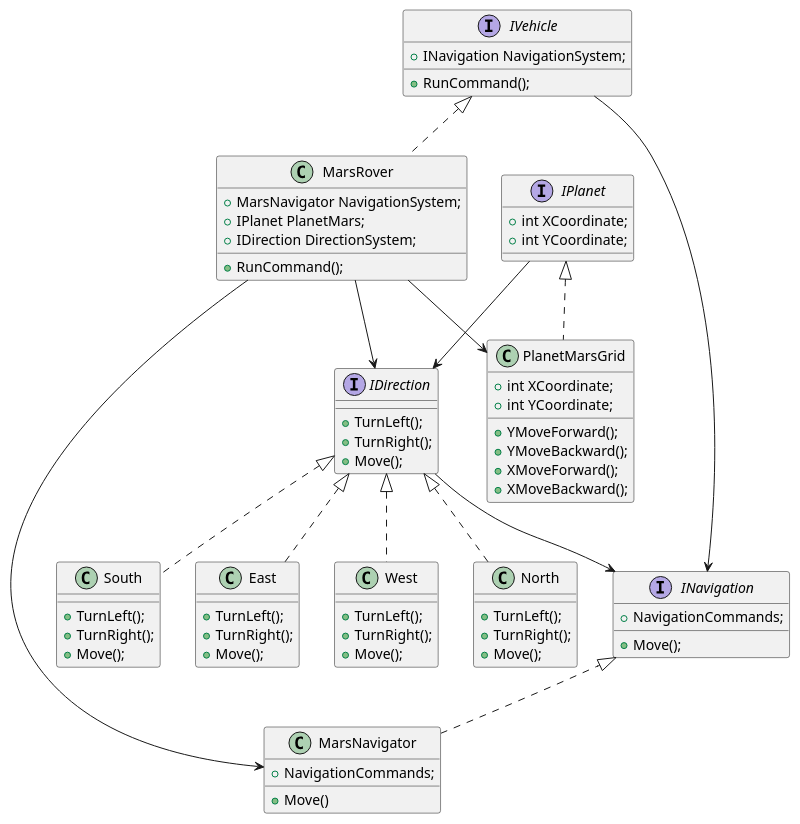
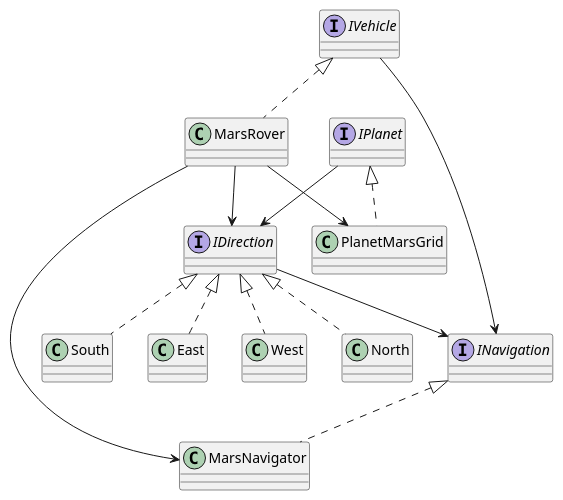
Before and after one commit to vahidkianfar/Mars-Rover-Project: the diagram in Mars-Rover-Project/UML-Diagram/MarsRover.puml, drawn with PlantUML.

Commit message:
Changed UML-Diagram.

```diff
--- a/Mars-Rover-Project/UML-Diagram/MarsRover.puml
+++ b/Mars-Rover-Project/UML-Diagram/MarsRover.puml
@@ -1,80 +1,35 @@
 @startuml "MarsRover-Kata-UML.png"
 
 interface IVehicle
-{
-+ INavigation NavigationSystem;
-+ RunCommand();
-}
+
 interface IPlanet
-{
-+ int XCoordinate;
-+ int YCoordinate;
-}
+
 interface IDirection
-{
-+  TurnLeft();
-+  TurnRight();
-+  Move();
-}
+
 interface INavigation
-{
-+  NavigationCommands;
-+  Move();
 
-}
 
 class PlanetMarsGrid implements IPlanet
-{
-+ int XCoordinate;
-+ int YCoordinate;
-+ YMoveForward();
-+ YMoveBackward();
-+ XMoveForward();
-+ XMoveBackward();
-}
+
 class East implements IDirection
-{
-+  TurnLeft();
-+  TurnRight();
-+  Move();
-}
+
 class West implements IDirection
-{
-+  TurnLeft();
-+  TurnRight();
-+  Move();
-}
+
 class North implements IDirection
-{
-+  TurnLeft();
-+  TurnRight();
-+  Move();
-}
+
 class South implements IDirection
-{
-+  TurnLeft();
-+  TurnRight();
-+  Move();
-}
+
 
 class MarsNavigator implements INavigation
-{
-+  NavigationCommands;
-+  Move()
-}
+
 class MarsRover implements IVehicle
-{
-+  MarsNavigator NavigationSystem;
-+  IPlanet PlanetMars;
-+  IDirection DirectionSystem;
-+  RunCommand();
-}
+
 IPlanet --> IDirection
 IVehicle --> INavigation
 IDirection  --> INavigation
 MarsRover --> MarsNavigator
 MarsRover --> IDirection
 MarsRover --> PlanetMarsGrid
 
 
 @enduml
```
